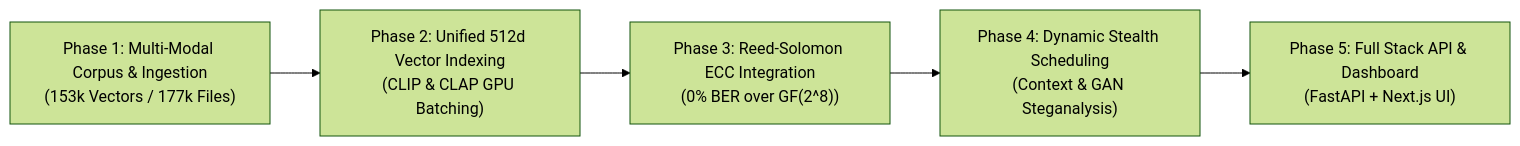
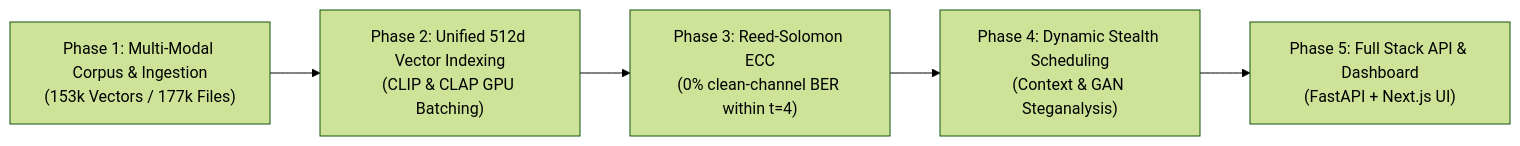
Before and after one commit to jeevan4476/DCASS: the diagram in docs/research/DEEP_RESEARCH_ENCODING_DECODING.md, drawn with Mermaid (forest theme). The commit also changed other lines of this file and 271 other files, not shown here.

````diff
--- a/docs/research/DEEP_RESEARCH_ENCODING_DECODING.md
+++ b/docs/research/DEEP_RESEARCH_ENCODING_DECODING.md
@@ -7,7 +7,7 @@
 ```mermaid
 flowchart LR
     P1["Phase 1: Multi-Modal Corpus & Ingestion\n(153k Vectors / 177k Files)"] --> P2["Phase 2: Unified 512d Vector Indexing\n(CLIP & CLAP GPU Batching)"]
-    P2 --> P3["Phase 3: Reed-Solomon ECC Integration\n(0% BER over GF(2^8))"]
+    P2 --> P3["Phase 3: Reed-Solomon ECC\n(0% clean-channel BER within t=4)"]
     P3 --> P4["Phase 4: Dynamic Stealth Scheduling\n(Context & GAN Steganalysis)"]
     P4 --> P5["Phase 5: Full Stack API & Dashboard\n(FastAPI + Next.js UI)"]
 ```
````
